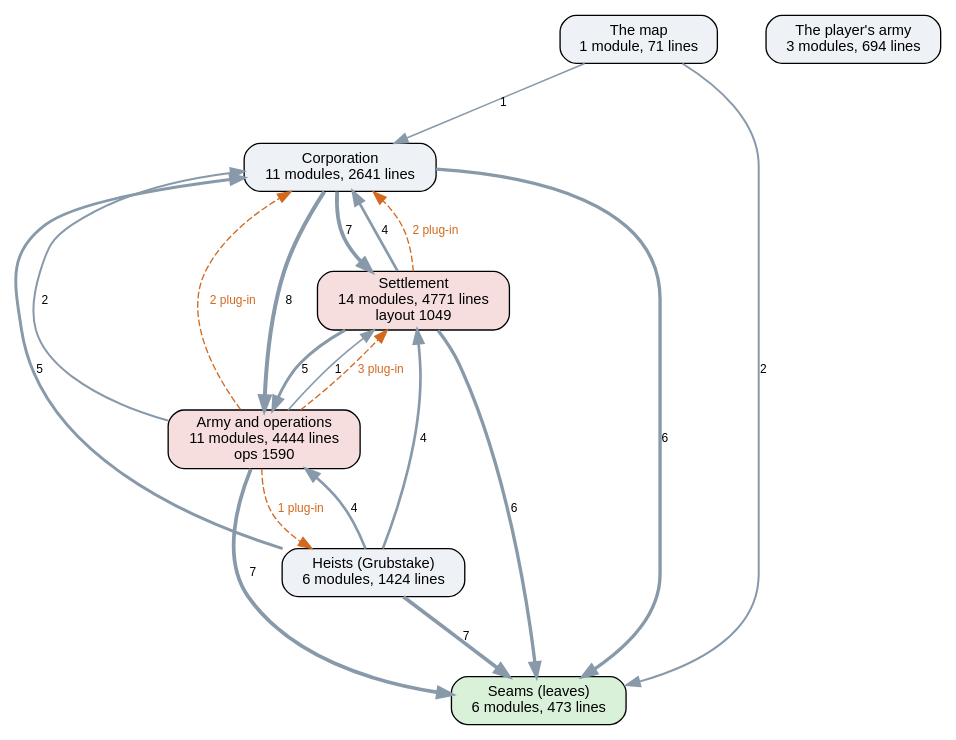
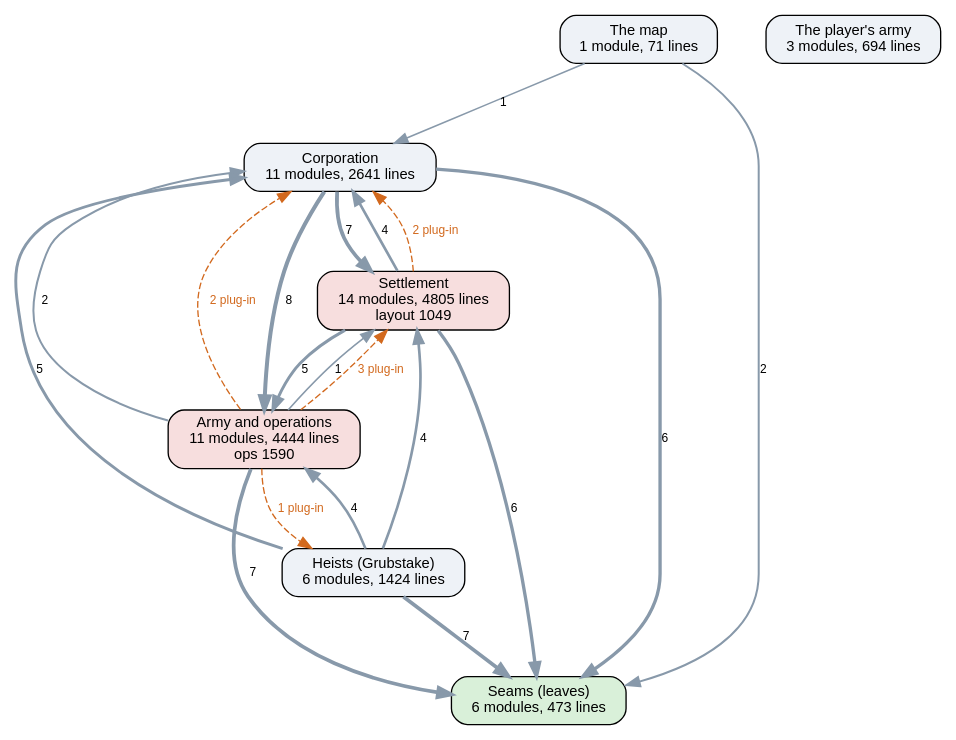
Before and after one commit to kinelhu/landing-party: the diagram in docs/ai-layers.dot, drawn with Graphviz. The commit also changed 14 other files, not shown here.

```diff
--- a/docs/ai-layers.dot
+++ b/docs/ai-layers.dot
@@ -1,31 +1,31 @@
 digraph layers {
   graph [rankdir=TB, fontname="Helvetica", nodesep=0.5, ranksep=0.7];
   node [shape=box, style="rounded,filled", fontname="Helvetica", fontsize=11, fillcolor="#eef2f7"];
   edge [color="#8899aa", fontname="Helvetica", fontsize=9];
   "Seams (leaves)" [label="Seams (leaves)\n6 modules, 473 lines", fillcolor="#d9f0d9"];
   "Corporation" [label="Corporation\n11 modules, 2641 lines", fillcolor="#eef2f7"];
-  "Settlement" [label="Settlement\n14 modules, 4771 lines\nlayout 1049", fillcolor="#f7dede"];
+  "Settlement" [label="Settlement\n14 modules, 4805 lines\nlayout 1049", fillcolor="#f7dede"];
   "Army and operations" [label="Army and operations\n11 modules, 4444 lines\nops 1590", fillcolor="#f7dede"];
   "Heists (Grubstake)" [label="Heists (Grubstake)\n6 modules, 1424 lines", fillcolor="#eef2f7"];
   "The map" [label="The map\n1 module, 71 lines", fillcolor="#eef2f7"];
   "The player's army" [label="The player's army\n3 modules, 694 lines", fillcolor="#eef2f7"];
   "Army and operations" -> "Corporation" [label="2", penwidth=1.5];
   "Army and operations" -> "Seams (leaves)" [label="7", penwidth=2.8];
   "Army and operations" -> "Settlement" [label="1", penwidth=1.2];
   "Corporation" -> "Army and operations" [label="8", penwidth=3.0];
   "Corporation" -> "Seams (leaves)" [label="6", penwidth=2.5];
   "Corporation" -> "Settlement" [label="7", penwidth=2.8];
   "Heists (Grubstake)" -> "Army and operations" [label="4", penwidth=2.0];
   "Heists (Grubstake)" -> "Corporation" [label="5", penwidth=2.2];
   "Heists (Grubstake)" -> "Seams (leaves)" [label="7", penwidth=2.8];
   "Heists (Grubstake)" -> "Settlement" [label="4", penwidth=2.0];
   "Settlement" -> "Army and operations" [label="5", penwidth=2.2];
   "Settlement" -> "Corporation" [label="4", penwidth=2.0];
   "Settlement" -> "Seams (leaves)" [label="6", penwidth=2.5];
   "The map" -> "Corporation" [label="1", penwidth=1.2];
   "The map" -> "Seams (leaves)" [label="2", penwidth=1.5];
   "Army and operations" -> "Corporation" [style=dashed, color="#d2691e", fontcolor="#d2691e", label="2 plug-in"];
   "Army and operations" -> "Heists (Grubstake)" [style=dashed, color="#d2691e", fontcolor="#d2691e", label="1 plug-in"];
   "Army and operations" -> "Settlement" [style=dashed, color="#d2691e", fontcolor="#d2691e", label="3 plug-in"];
   "Settlement" -> "Corporation" [style=dashed, color="#d2691e", fontcolor="#d2691e", label="2 plug-in"];
 }
```
